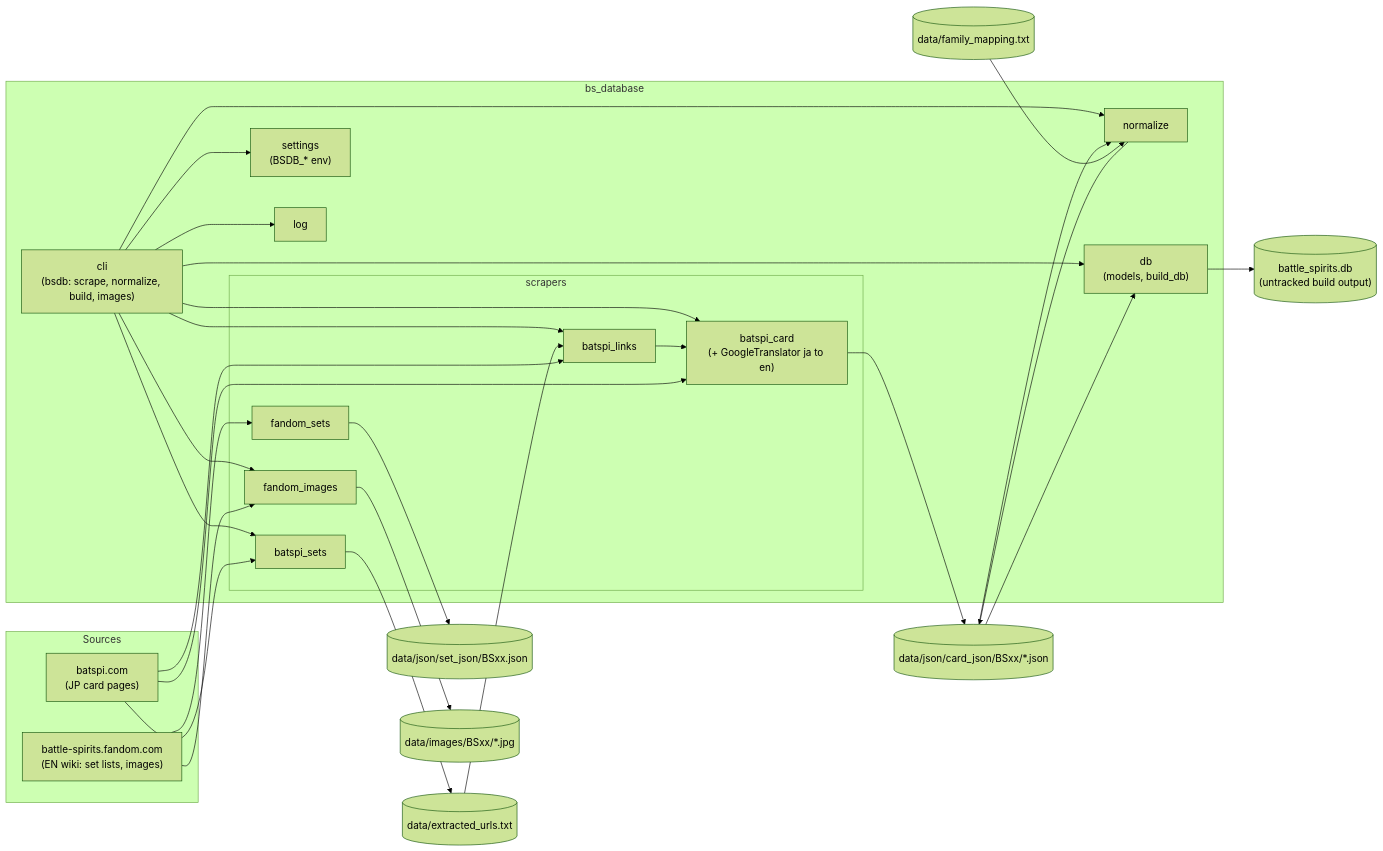
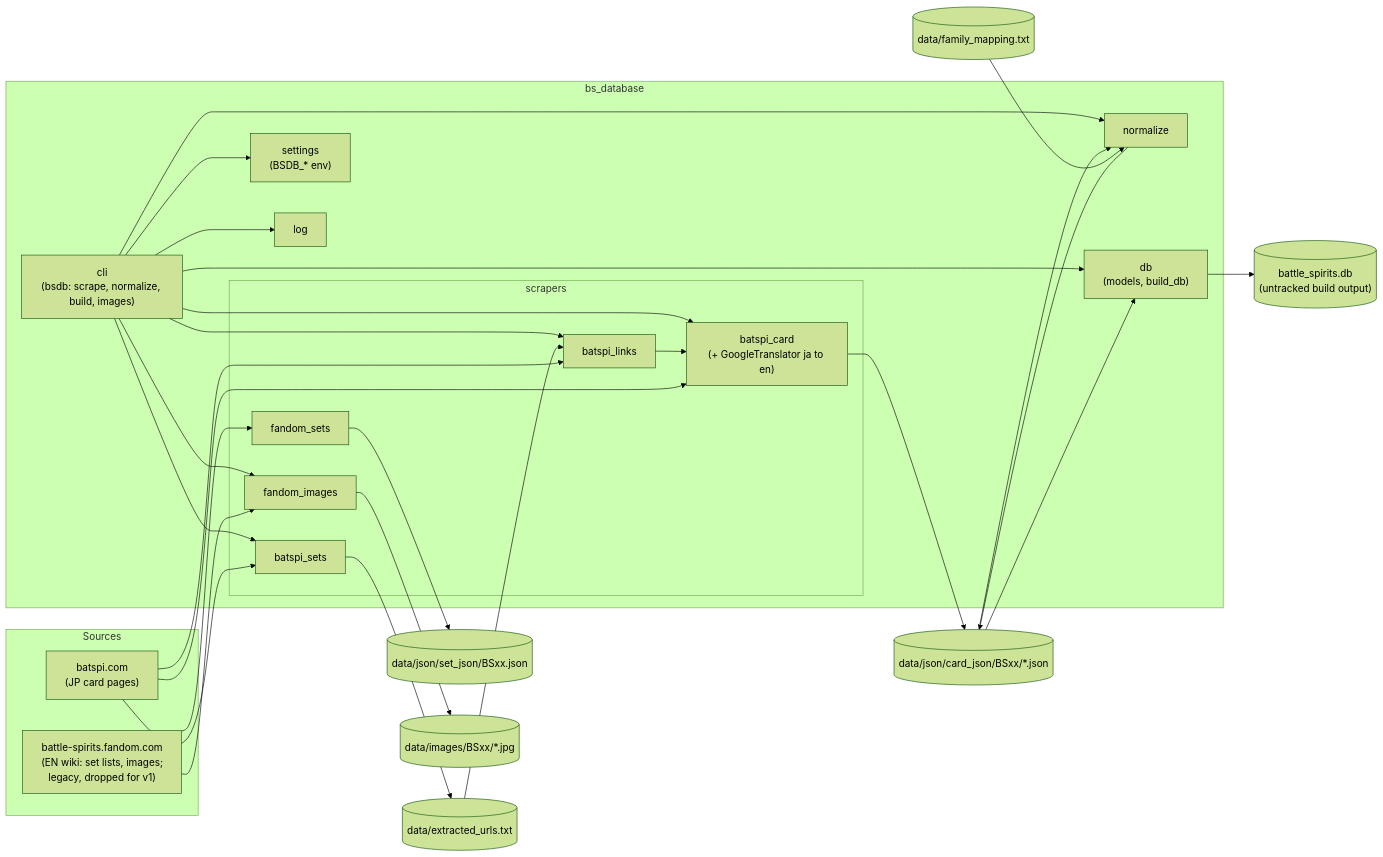
Before and after one commit to AleFire99/BS_Database: the first of 3 diagrams in docs/architecture/overview.md, drawn with Mermaid (forest theme). The commit also changed other lines of this file, not shown here.

First line of the commit message:
docs(architecture): add target data-flow diagram and source status

````diff
--- a/docs/architecture/overview.md
+++ b/docs/architecture/overview.md
@@ -7,49 +7,49 @@
 ```mermaid
 flowchart LR
     subgraph Sources
-        WIKI["battle-spirits.fandom.com<br/>(EN wiki: set lists, images)"]
+        WIKI["battle-spirits.fandom.com<br/>(EN wiki: set lists, images;<br/>legacy, dropped for v1)"]
         BAT["batspi.com<br/>(JP card pages)"]
     end
 
     subgraph bs_database
         CLI["cli<br/>(bsdb: scrape, normalize, build, images)"]
         SET["settings<br/>(BSDB_* env)"]
         LOG["log"]
         subgraph scrapers
             BSETS["batspi_sets"]
             BLINKS["batspi_links"]
             BCARD["batspi_card<br/>(+ GoogleTranslator ja to en)"]
             FSETS["fandom_sets"]
             FIMG["fandom_images"]
         end
         NORM["normalize"]
         DBM["db<br/>(models, build_db)"]
     end
 
     URLS[("data/extracted_urls.txt")]
     CJ[("data/json/card_json/BSxx/*.json")]
     SJ[("data/json/set_json/BSxx.json")]
     FM[("data/family_mapping.txt")]
     DB[("battle_spirits.db<br/>(untracked build output)")]
     IMG[("data/images/BSxx/*.jpg")]
 
     CLI --> SET
     CLI --> LOG
     CLI --> BSETS
     CLI --> BLINKS
     CLI --> BCARD
     CLI --> FIMG
     CLI --> NORM
     CLI --> DBM
 
     BAT --> BSETS --> URLS
     URLS --> BLINKS
     BAT --> BLINKS --> BCARD
     BAT --> BCARD --> CJ
     WIKI --> FSETS --> SJ
     WIKI --> FIMG --> IMG
     CJ --> NORM
     FM --> NORM
     NORM --> CJ
     CJ --> DBM --> DB
 ```
````
